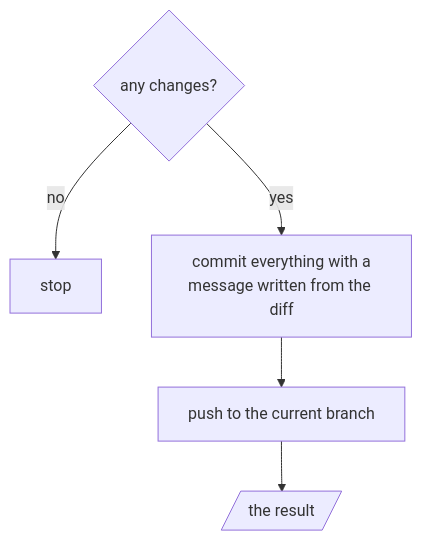
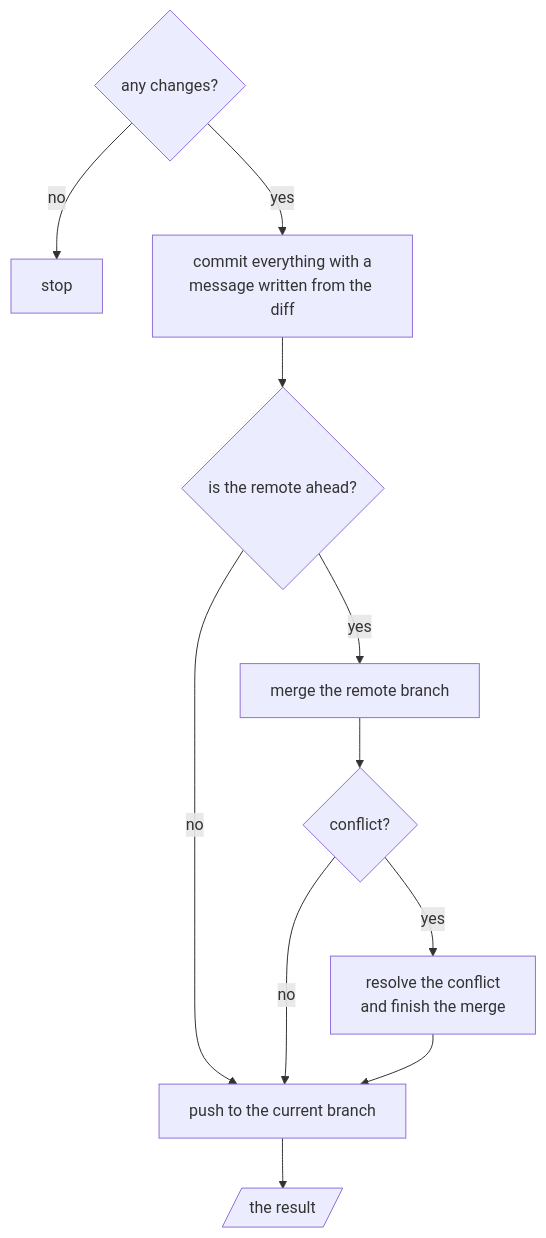
One commit to omni-stove/skill-kit changed the diagram in shared/skills/cap/README.md. Above: the diagram before and after it, drawn with Mermaid. The commit also changed 4 other files, not shown here.

````diff
--- a/shared/skills/cap/README.md
+++ b/shared/skills/cap/README.md
@@ -3,8 +3,14 @@
 ```mermaid
 flowchart TD
   changes{any changes?}
   changes -- "no" --> stop[stop]
   changes -- "yes" --> commit[commit everything with a<br/>message written from the diff]
-  commit --> push[push to the current branch]
+  commit --> ahead{is the remote ahead?}
+  ahead -- "no" --> push[push to the current branch]
+  ahead -- "yes" --> merge[merge the remote branch]
+  merge --> conflict{conflict?}
+  conflict -- "no" --> push
+  conflict -- "yes" --> resolve[resolve the conflict<br/>and finish the merge]
+  resolve --> push
   push --> result[/the result/]
 ```
````
